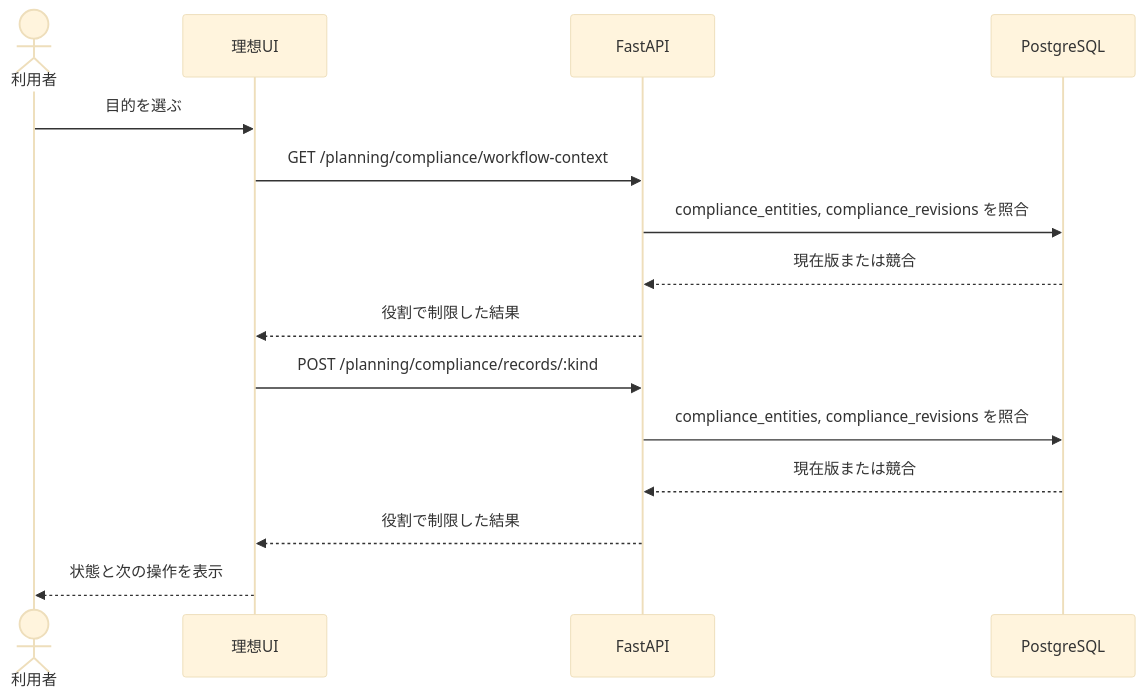
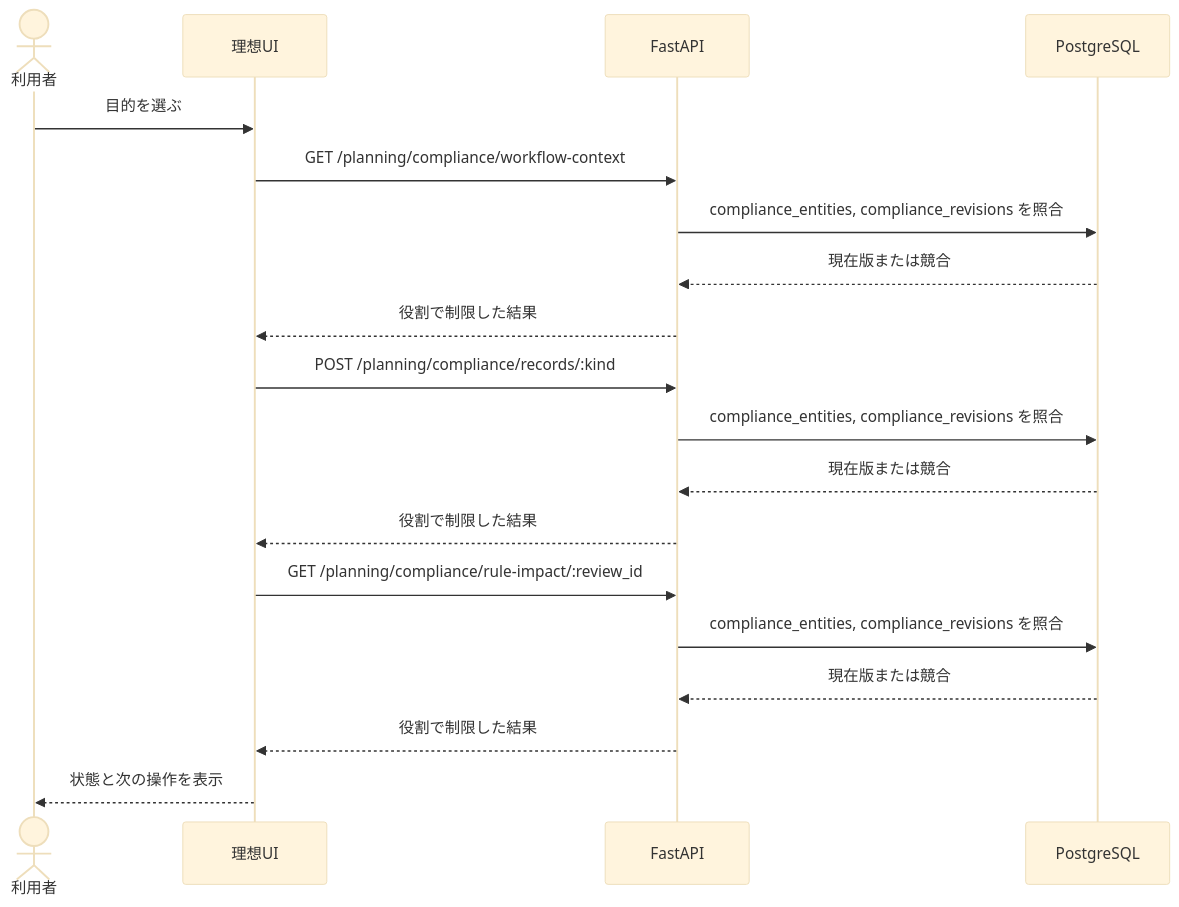
Diagram 20 of 29 in docs/architecture/er/usecase-sequences.md (yskfuji/PharmShiftMaker), drawn with Mermaid (base theme) before and after one commit. The commit also changed other lines of this file and 453 other files, not shown here.

````diff
--- a/docs/architecture/er/usecase-sequences.md
+++ b/docs/architecture/er/usecase-sequences.md
@@ -689,19 +724,23 @@
 ```mermaid
 sequenceDiagram
   accTitle: U20 契約・資格
   accDescr: /workspace/people/contracts からサーバー認可済みAPIを呼び、記録を読み書きして結果を表示する。
   actor User as 利用者
   participant UI as 理想UI
   participant API as FastAPI
   participant DB as PostgreSQL
   User->>UI: 目的を選ぶ
   UI->>API: GET /planning/compliance/workflow-context
   API->>DB: compliance_entities, compliance_revisions を照合
   DB-->>API: 現在版または競合
   API-->>UI: 役割で制限した結果
   UI->>API: POST /planning/compliance/records/:kind
   API->>DB: compliance_entities, compliance_revisions を照合
   DB-->>API: 現在版または競合
   API-->>UI: 役割で制限した結果
+  UI->>API: GET /planning/compliance/rule-impact/:review_id
+  API->>DB: compliance_entities, compliance_revisions を照合
+  DB-->>API: 現在版または競合
+  API-->>UI: 役割で制限した結果
   UI-->>User: 状態と次の操作を表示
 ```
````
